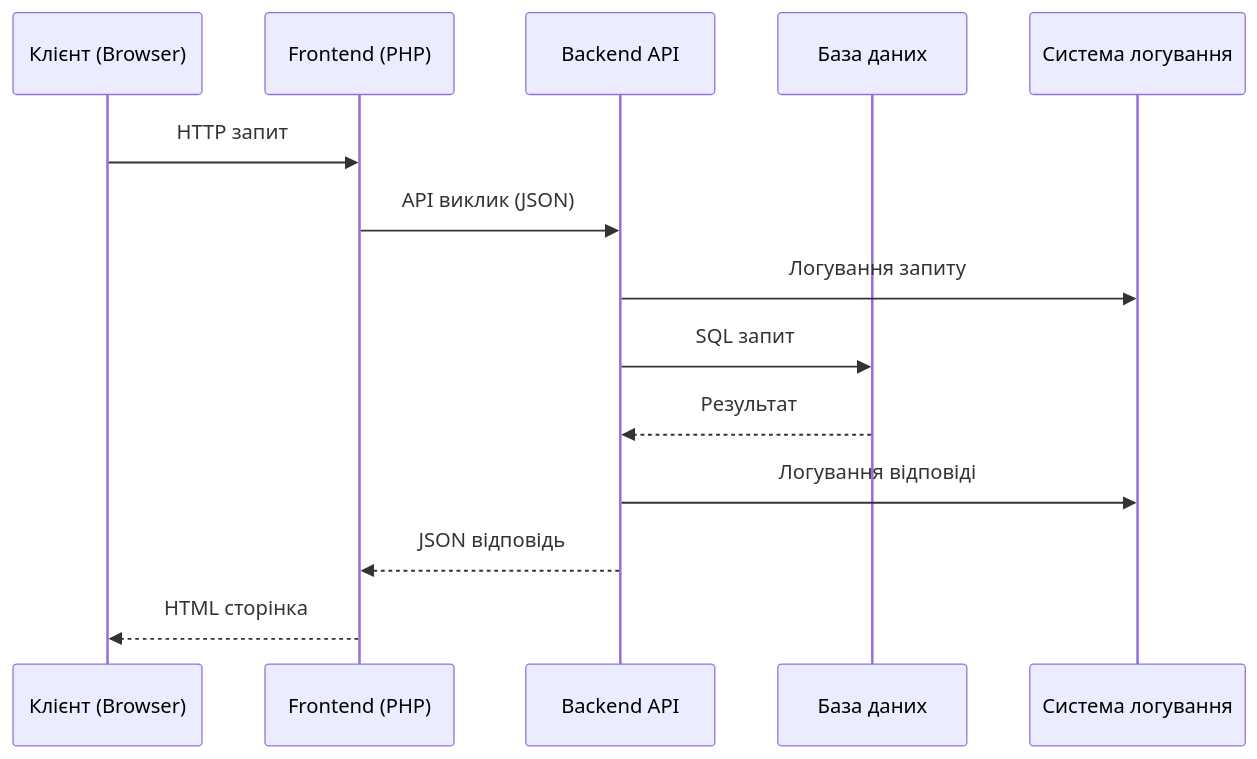
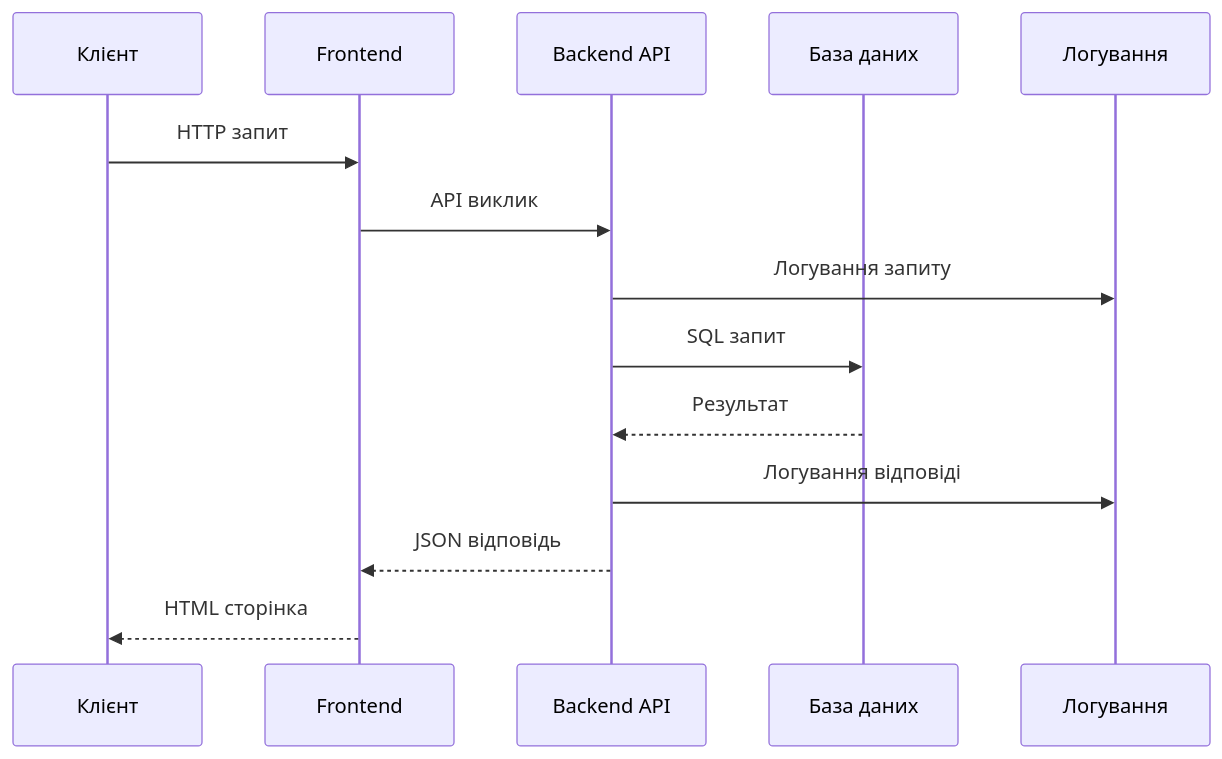
The first of 2 diagrams in README.md (projectMHCore/searchjob-technical-docs), drawn with Mermaid before and after one commit. The commit also changed other lines of this file, not shown here.

````diff
--- a/README.md
+++ b/README.md
@@ -24,17 +26,17 @@
 ```mermaid
 sequenceDiagram
-    participant Client as Клієнт (Browser)
-    participant Frontend as Frontend (PHP)
-    participant Backend as Backend API
-    participant DB as База даних
-    participant Logger as Система логування
+    participant C as Клієнт
+    participant F as Frontend
+    participant B as Backend API
+    participant D as База даних
+    participant L as Логування
 
-    Client->>Frontend: HTTP запит
-    Frontend->>Backend: API виклик (JSON)
-    Backend->>Logger: Логування запиту
-    Backend->>DB: SQL запит
-    DB-->>Backend: Результат
-    Backend->>Logger: Логування відповіді
-    Backend-->>Frontend: JSON відповідь
-    Frontend-->>Client: HTML сторінка
+    C->>F: HTTP запит
+    F->>B: API виклик
+    B->>L: Логування запиту
+    B->>D: SQL запит
+    D-->>B: Результат
+    B->>L: Логування відповіді
+    B-->>F: JSON відповідь
+    F-->>C: HTML сторінка
 ```
````
